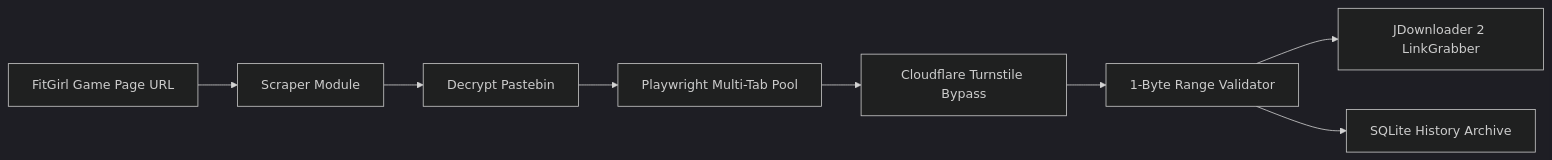
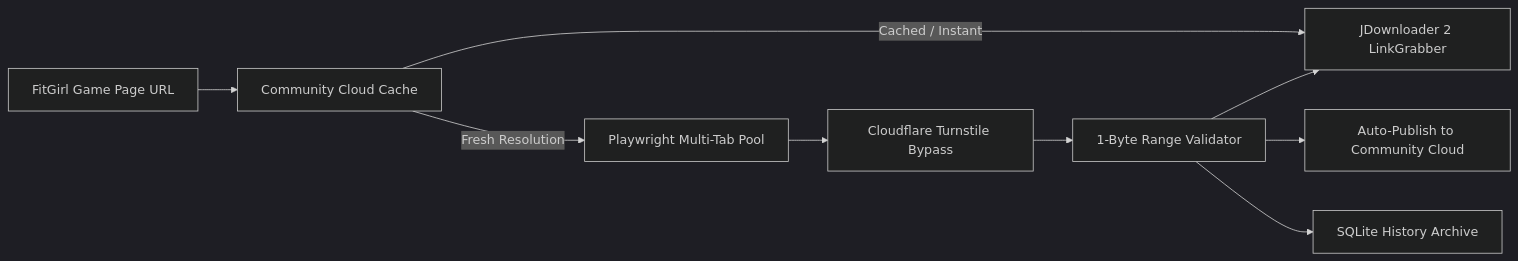
The diagram in README.md (vik05h/Link-Extractor), drawn with Mermaid (dark theme) before and after one commit. The commit also changed other lines of this file and 20 other files, not shown here.

First line of the commit message:
Add Phase 3 community cloud hub and UI

````diff
--- a/README.md
+++ b/README.md
@@ -36,10 +37,11 @@
 ```mermaid
 graph LR
-    A[FitGirl Game Page URL] --> B[Scraper Module]
-    B --> C[Decrypt Pastebin]
-    C --> D[Playwright Multi-Tab Pool]
-    D --> E[Cloudflare Turnstile Bypass]
-    E --> F[1-Byte Range Validator]
-    F --> G[JDownloader 2 LinkGrabber]
-    F --> H[SQLite History Archive]
+    A[FitGirl Game Page URL] --> B[Community Cloud Cache]
+    B -->|Cached / Instant| G[JDownloader 2 / Clipboard]
+    B -->|Fresh Resolution| C[Playwright Multi-Tab Pool]
+    C --> D[Cloudflare Turnstile Bypass]
+    D --> E[1-Byte Range Validator]
+    E --> F[Auto-Publish to Community Cloud]
+    E --> G[JDownloader 2 LinkGrabber]
+    E --> H[SQLite History Archive]
 ```
````
